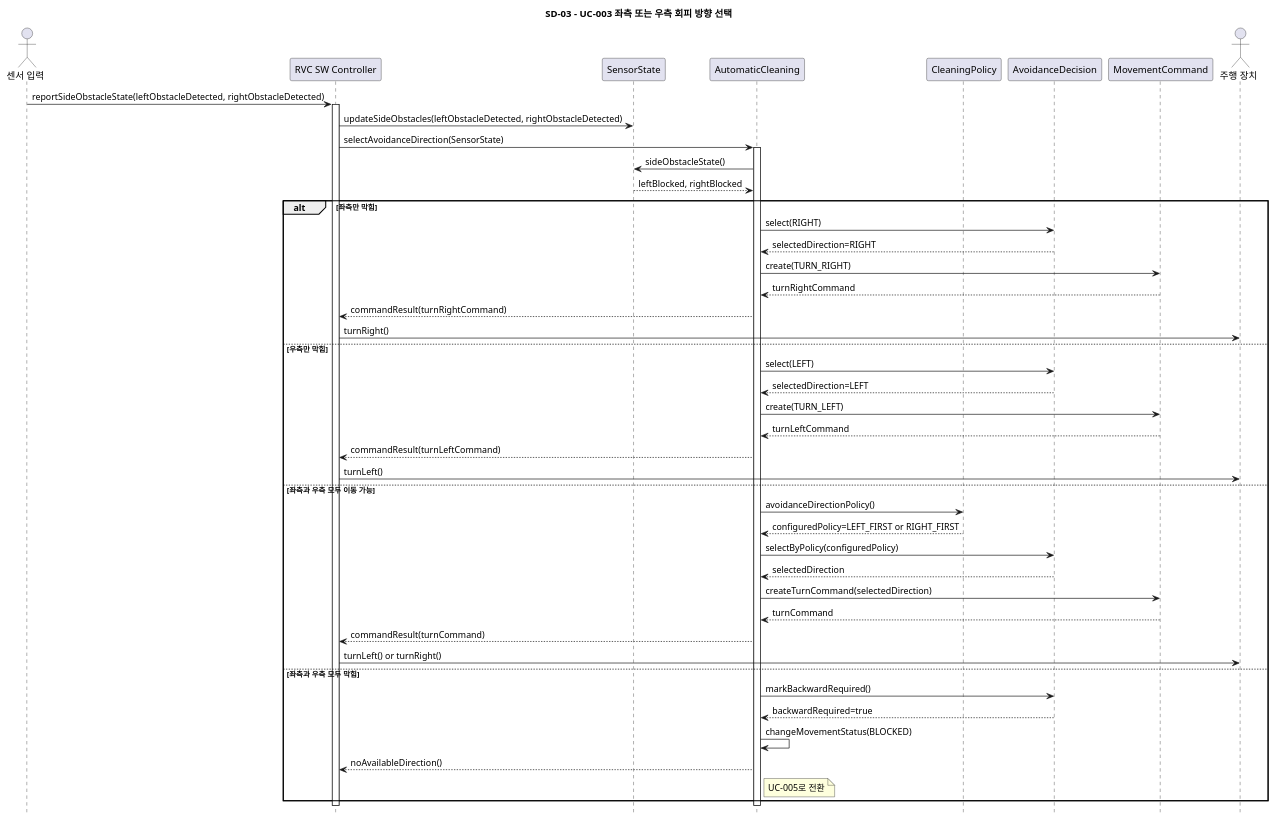
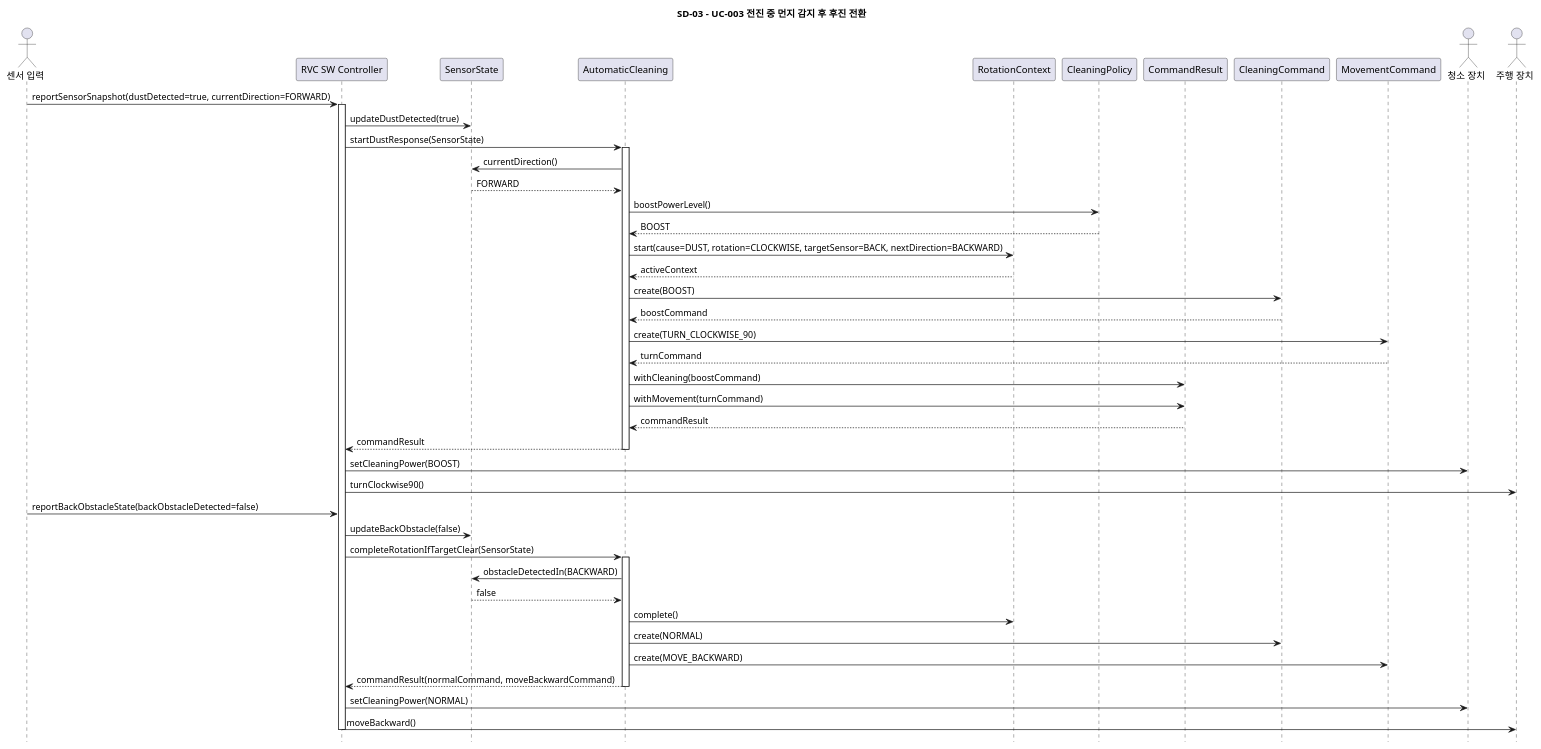
The diagram in docs/sd/SD-03.puml (OOAD-Team3/Robot-Vacuum-Cleaner-AI), drawn with PlantUML before and after one commit. The commit also changed other lines of this file and 24 other files, not shown here.

```diff
--- a/docs/sd/SD-03.puml
+++ b/docs/sd/SD-03.puml
@@ -6,55 +5,56 @@
-@startuml SD_03_UC003_Select_Avoidance_Direction
+@startuml SD_03_UC003_Forward_Dust_To_Backward
 hide footbox
-title SD-03 - UC-003 좌측 또는 우측 회피 방향 선택
+title SD-03 - UC-003 전진 중 먼지 감지 후 후진 전환
 
 actor "센서 입력" as Sensor
 participant "RVC SW Controller" as Controller
 participant "SensorState" as SensorState
 participant "AutomaticCleaning" as Cleaning
+participant "RotationContext" as RotationContext
 participant "CleaningPolicy" as Policy
-participant "AvoidanceDecision" as AvoidanceDecision
+participant "CommandResult" as CommandResult
+participant "CleaningCommand" as CleaningCommand
 participant "MovementCommand" as MovementCommand
+actor "청소 장치" as Cleaner
 actor "주행 장치" as Drive
 
-Sensor -> Controller: reportSideObstacleState(leftObstacleDetected, rightObstacleDetected)
+Sensor -> Controller: reportSensorSnapshot(dustDetected=true, currentDirection=FORWARD)
 activate Controller
-Controller -> SensorState: updateSideObstacles(leftObstacleDetected, rightObstacleDetected)
-Controller -> Cleaning: selectAvoidanceDirection(SensorState)
+Controller -> SensorState: updateDustDetected(true)
+Controller -> Cleaning: startDustResponse(SensorState)
 activate Cleaning
-Cleaning -> SensorState: sideObstacleState()
-SensorState --> Cleaning: leftBlocked, rightBlocked
+Cleaning -> SensorState: currentDirection()
+SensorState --> Cleaning: FORWARD
+Cleaning -> Policy: boostPowerLevel()
+Policy --> Cleaning: BOOST
+Cleaning -> RotationContext: start(cause=DUST, rotation=CLOCKWISE, targetSensor=BACK, nextDirection=BACKWARD)
+RotationContext --> Cleaning: activeContext
+Cleaning -> CleaningCommand: create(BOOST)
+CleaningCommand --> Cleaning: boostCommand
+Cleaning -> MovementCommand: create(TURN_CLOCKWISE_90)
+MovementCommand --> Cleaning: turnCommand
+Cleaning -> CommandResult: withCleaning(boostCommand)
+Cleaning -> CommandResult: withMovement(turnCommand)
+CommandResult --> Cleaning: commandResult
+Cleaning --> Controller: commandResult
+deactivate Cleaning
 
-alt 좌측만 막힘
-    Cleaning -> AvoidanceDecision: select(RIGHT)
-    AvoidanceDecision --> Cleaning: selectedDirection=RIGHT
-    Cleaning -> MovementCommand: create(TURN_RIGHT)
-    MovementCommand --> Cleaning: turnRightCommand
-    Cleaning --> Controller: commandResult(turnRightCommand)
-    Controller -> Drive: turnRight()
-else 우측만 막힘
-    Cleaning -> AvoidanceDecision: select(LEFT)
-    AvoidanceDecision --> Cleaning: selectedDirection=LEFT
-    Cleaning -> MovementCommand: create(TURN_LEFT)
-    MovementCommand --> Cleaning: turnLeftCommand
-    Cleaning --> Controller: commandResult(turnLeftCommand)
-    Controller -> Drive: turnLeft()
-else 좌측과 우측 모두 이동 가능
-    Cleaning -> Policy: avoidanceDirectionPolicy()
-    Policy --> Cleaning: configuredPolicy=LEFT_FIRST or RIGHT_FIRST
-    Cleaning -> AvoidanceDecision: selectByPolicy(configuredPolicy)
-    AvoidanceDecision --> Cleaning: selectedDirection
-    Cleaning -> MovementCommand: createTurnCommand(selectedDirection)
-    MovementCommand --> Cleaning: turnCommand
-    Cleaning --> Controller: commandResult(turnCommand)
-    Controller -> Drive: turnLeft() or turnRight()
-else 좌측과 우측 모두 막힘
-    Cleaning -> AvoidanceDecision: markBackwardRequired()
-    AvoidanceDecision --> Cleaning: backwardRequired=true
-    Cleaning -> Cleaning: changeMovementStatus(BLOCKED)
-    Cleaning --> Controller: noAvailableDirection()
-    note right of Cleaning: UC-005로 전환
-end
+Controller -> Cleaner: setCleaningPower(BOOST)
+Controller -> Drive: turnClockwise90()
 
+Sensor -> Controller: reportBackObstacleState(backObstacleDetected=false)
+Controller -> SensorState: updateBackObstacle(false)
+Controller -> Cleaning: completeRotationIfTargetClear(SensorState)
+activate Cleaning
+Cleaning -> SensorState: obstacleDetectedIn(BACKWARD)
+SensorState --> Cleaning: false
+Cleaning -> RotationContext: complete()
+Cleaning -> CleaningCommand: create(NORMAL)
+Cleaning -> MovementCommand: create(MOVE_BACKWARD)
+Cleaning --> Controller: commandResult(normalCommand, moveBackwardCommand)
 deactivate Cleaning
+
+Controller -> Cleaner: setCleaningPower(NORMAL)
+Controller -> Drive: moveBackward()
 deactivate Controller
 @enduml
```
